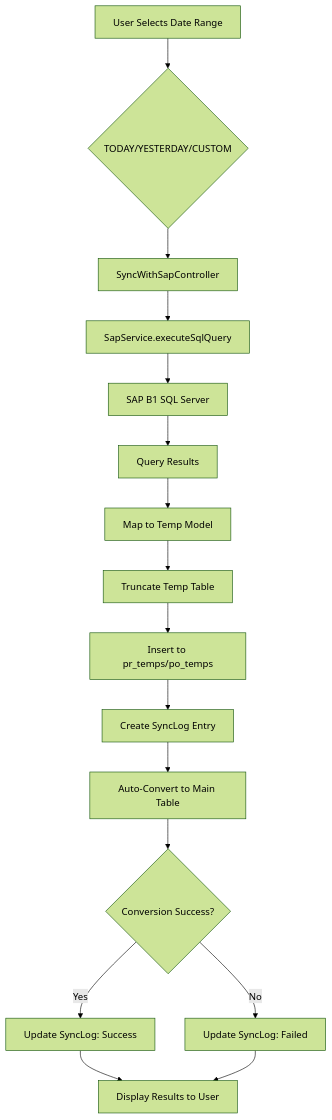
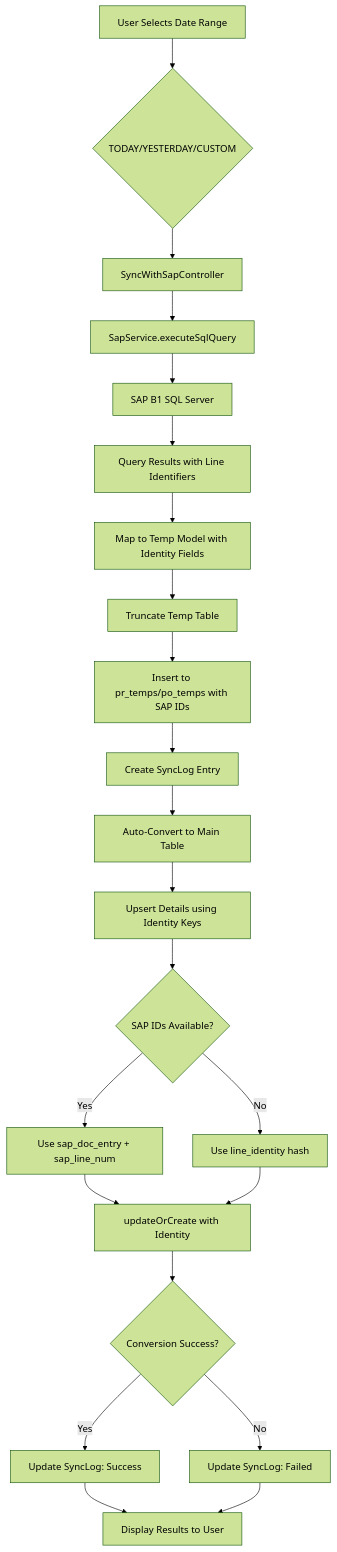
Before and after one commit to rachmanj/proc-app: the fourth of 6 diagrams in docs/architecture.md, drawn with Mermaid (forest theme). The commit also changed other lines of this file and 26 other files, not shown here.

First line of the commit message:
Implement SAP Line Identity Tracking for Duplicate Prevention

````diff
--- a/docs/architecture.md
+++ b/docs/architecture.md
@@ -634,18 +643,24 @@
 ```mermaid
 graph TD
     A[User Selects Date Range] --> B{TODAY/YESTERDAY/CUSTOM}
     B --> C[SyncWithSapController]
     C --> D[SapService.executeSqlQuery]
     D --> E[SAP B1 SQL Server]
-    E --> F[Query Results]
-    F --> G[Map to Temp Model]
+    E --> F[Query Results with Line Identifiers]
+    F --> G[Map to Temp Model with Identity Fields]
     G --> H[Truncate Temp Table]
-    H --> I[Insert to pr_temps/po_temps]
+    H --> I[Insert to pr_temps/po_temps with SAP IDs]
     I --> J[Create SyncLog Entry]
     J --> K[Auto-Convert to Main Table]
-    K --> L{Conversion Success?}
-    L -->|Yes| M[Update SyncLog: Success]
-    L -->|No| N[Update SyncLog: Failed]
-    M --> O[Display Results to User]
-    N --> O
+    K --> L[Upsert Details using Identity Keys]
+    L --> M{SAP IDs Available?}
+    M -->|Yes| N[Use sap_doc_entry + sap_line_num]
+    M -->|No| O[Use line_identity hash]
+    N --> P[updateOrCreate with Identity]
+    O --> P
+    P --> Q{Conversion Success?}
+    Q -->|Yes| R[Update SyncLog: Success]
+    Q -->|No| S[Update SyncLog: Failed]
+    R --> T[Display Results to User]
+    S --> T
 ```
````
